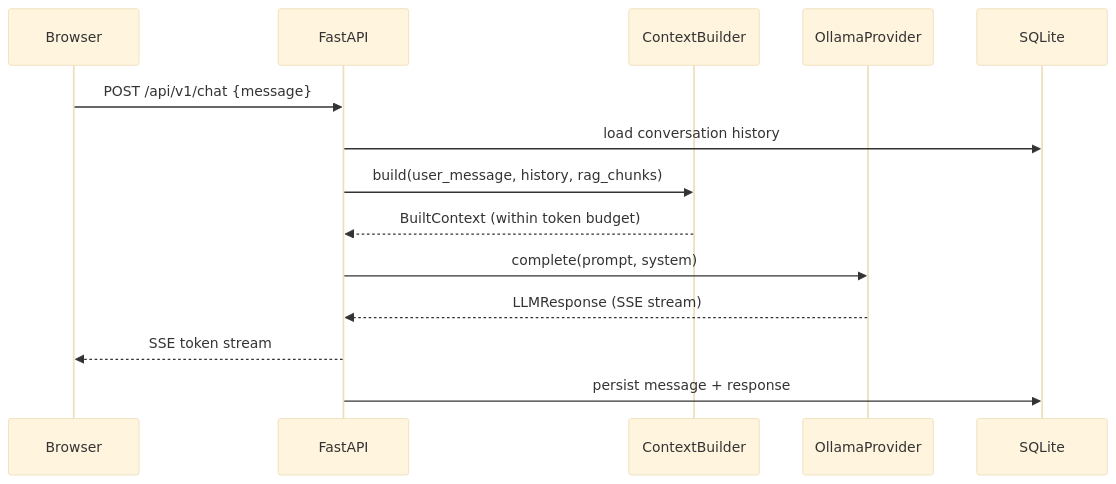
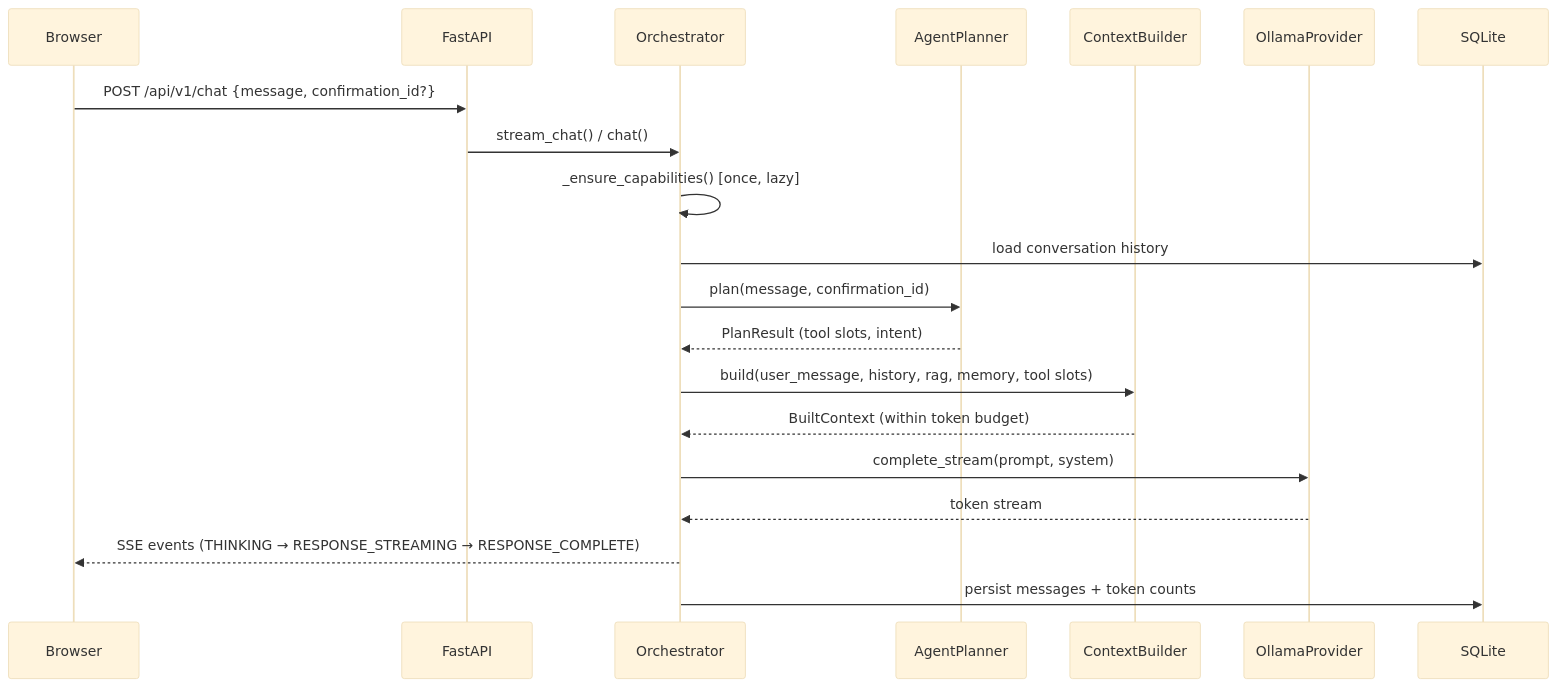
One commit to unzlaahmad372/jarvis changed the diagram in docs/architecture.md. Above: the diagram before and after it, drawn with Mermaid (base theme). The commit also changed other lines of this file and 44 other files, not shown here.

Commit message:
Phase 40-44: Daily use hardening, architect assessment, model-aware context window

````diff
--- a/docs/architecture.md
+++ b/docs/architecture.md
@@ -27,17 +35,23 @@
 ```mermaid
 sequenceDiagram
     participant B as Browser
     participant A as FastAPI
+    participant O as Orchestrator
+    participant P as AgentPlanner
     participant CB as ContextBuilder
     participant LLM as OllamaProvider
     participant DB as SQLite
 
-    B->>A: POST /api/v1/chat {message}
-    A->>DB: load conversation history
-    A->>CB: build(user_message, history, rag_chunks)
-    CB-->>A: BuiltContext (within token budget)
-    A->>LLM: complete(prompt, system)
-    LLM-->>A: LLMResponse (SSE stream)
-    A-->>B: SSE token stream
-    A->>DB: persist message + response
+    B->>A: POST /api/v1/chat {message, confirmation_id?}
+    A->>O: stream_chat() / chat()
+    O->>O: _ensure_capabilities() [once, lazy]
+    O->>DB: load conversation history
+    O->>P: plan(message, confirmation_id)
+    P-->>O: PlanResult (tool slots, intent)
+    O->>CB: build(user_message, history, rag, memory, tool slots)
+    CB-->>O: BuiltContext (within token budget)
+    O->>LLM: complete_stream(prompt, system)
+    LLM-->>O: token stream
+    O-->>B: SSE events (THINKING → RESPONSE_STREAMING → RESPONSE_COMPLETE)
+    O->>DB: persist messages + token counts
 ```
````
